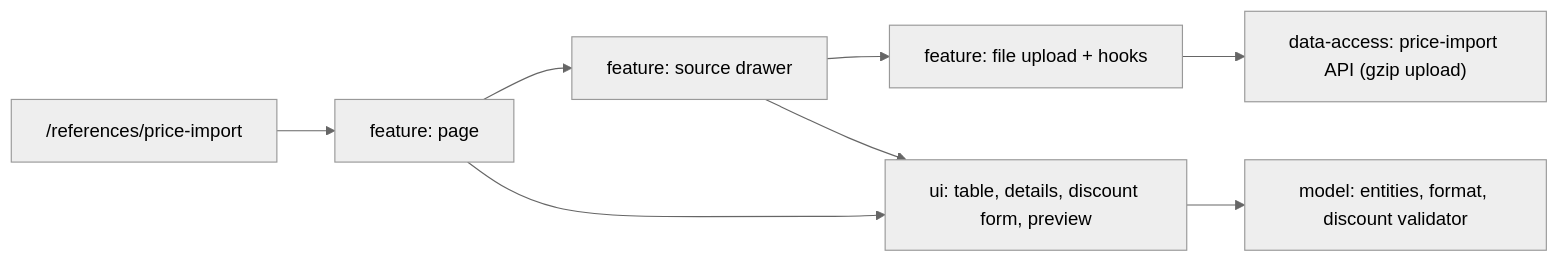
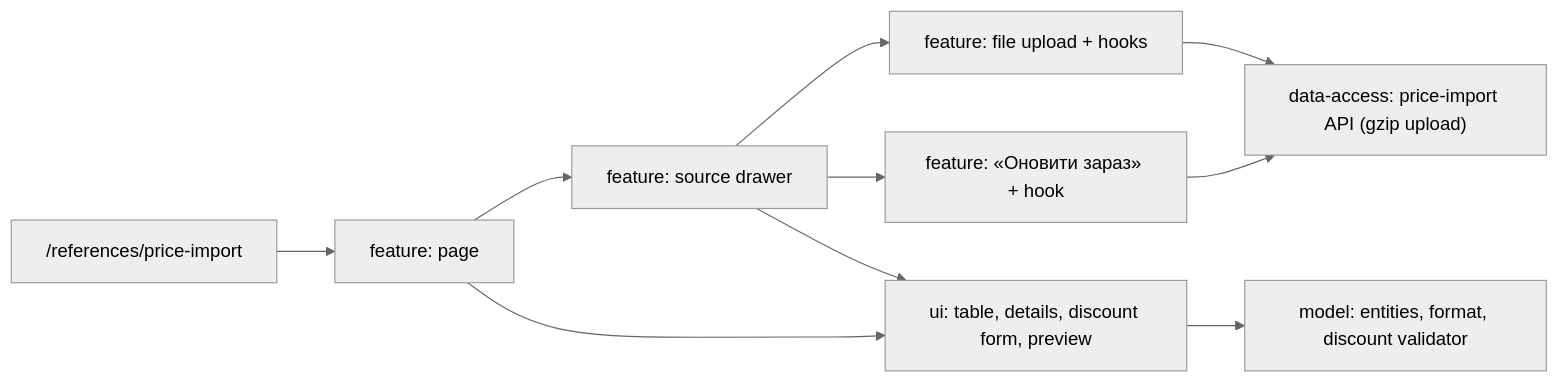
One commit to Weretik/brevi-web changed the diagram in docs/features/admin/references/price-import.md. Above: the diagram before and after it, drawn with Mermaid (neutral theme). The commit also changed other lines of this file and 13 other files, not shown here.

First line of the commit message:
feat(admin-references): «Імпорт цін» stage 2 — «Оновити зараз» for АВ-Центр, 3C-Маркет, Перчатка-центр (018)

````diff
--- a/docs/features/admin/references/price-import.md
+++ b/docs/features/admin/references/price-import.md
@@ -9,10 +9,12 @@
 ```mermaid
 flowchart LR
   Route["/references/price-import"] --> Page["feature: page"]
   Page --> Drawer["feature: source drawer"]
   Drawer --> Upload["feature: file upload + hooks"]
+  Drawer --> Refresh["feature: «Оновити зараз» + hook"]
+  Refresh --> Data
   Page --> UI["ui: table, details, discount form, preview"]
   Drawer --> UI
   Upload --> Data["data-access: price-import API (gzip upload)"]
   UI --> Model["model: entities, format, discount validator"]
 ```
````
